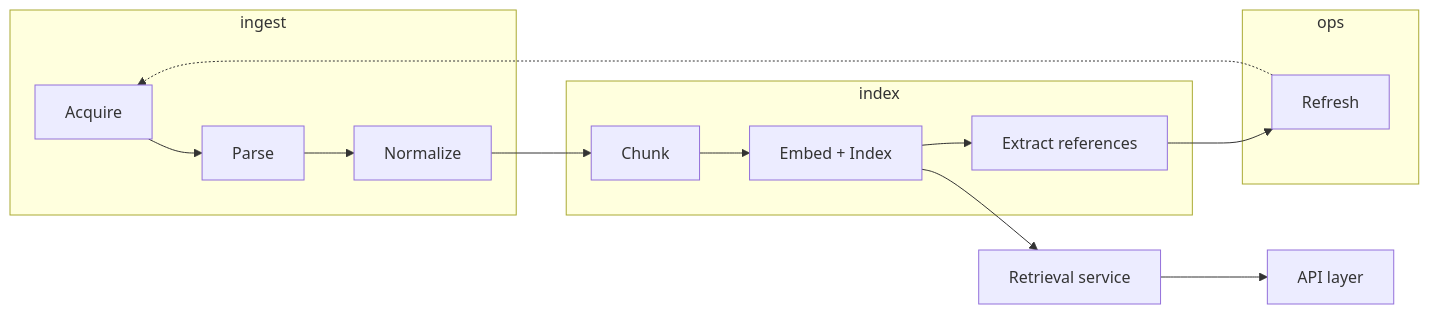
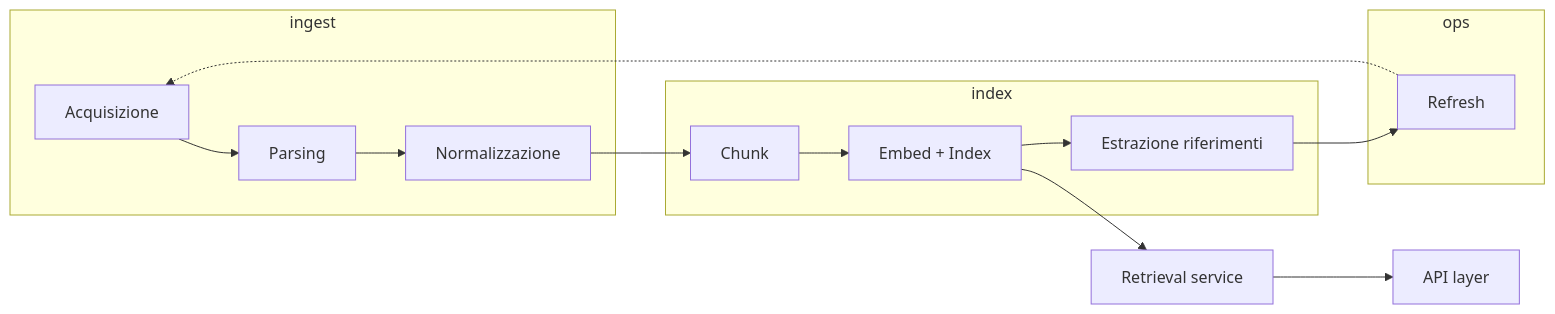
Before and after one commit to Italian-Builders-Org/magistra: the diagram in knowledge/modello-dati/pipeline/index.md, drawn with Mermaid. The commit also changed other lines of this file and 7 other files, not shown here.

````diff
--- a/knowledge/modello-dati/pipeline/index.md
+++ b/knowledge/modello-dati/pipeline/index.md
@@ -15,18 +15,18 @@
 ```mermaid
 flowchart LR
   subgraph ingest
-    A[Acquire] --> B[Parse]
-    B --> C[Normalize]
+    A[Acquisizione] --> B[Parsing]
+    B --> C[Normalizzazione]
   end
   subgraph index
     C --> D[Chunk]
     D --> E[Embed + Index]
-    E --> F[Extract references]
+    E --> F[Estrazione riferimenti]
   end
   subgraph ops
     F --> G[Refresh]
     G -.-> A
   end
   E --> R[Retrieval service]
   R --> API[API layer]
 ```
````
